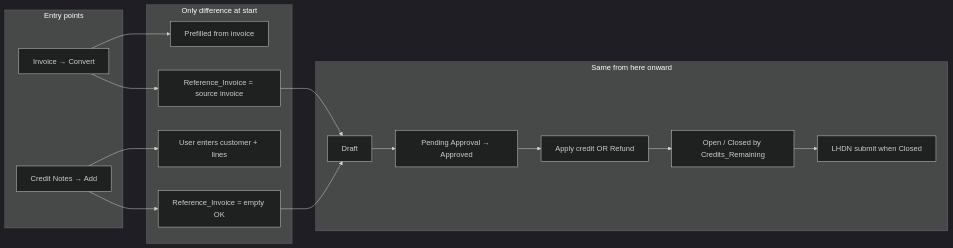
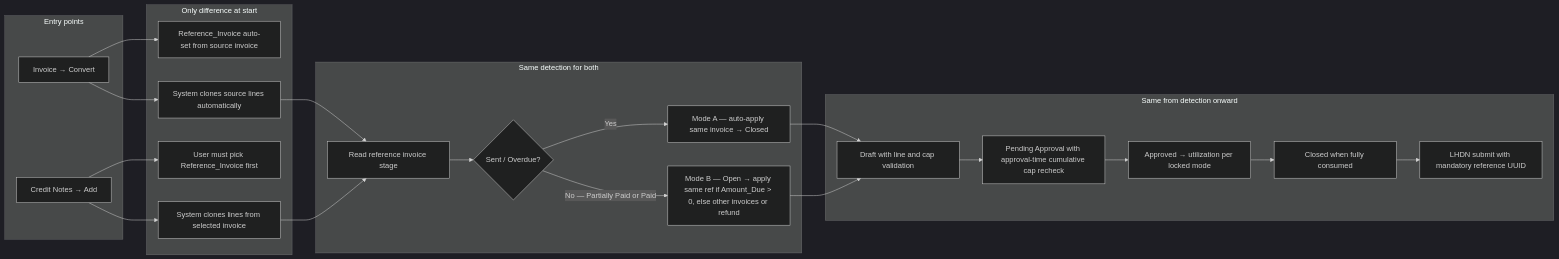
One commit to hazrulgithub11/xmt changed the fourth of 5 diagrams in docs/feature/creditNote_Flow.md. Above: the diagram before and after it, drawn with Mermaid (dark theme). The commit also changed other lines of this file and 20 other files, not shown here.

````diff
--- a/docs/feature/creditNote_Flow.md
+++ b/docs/feature/creditNote_Flow.md
@@ -118,26 +191,35 @@
 ```mermaid
 flowchart LR
     subgraph ENTRY["Entry points"]
         INV[Invoice → Convert]
         MAN[Credit Notes → Add]
     end
 
     subgraph DIFF["Only difference at start"]
-        INV --> INV1[Prefilled from invoice]
-        INV --> INV2[Reference_Invoice = source invoice]
-        MAN --> MAN1[User enters customer + lines]
-        MAN --> MAN2[Reference_Invoice = empty OK]
+        INV --> INV1[Reference_Invoice auto-set from source invoice]
+        INV --> INV2[System clones source lines automatically]
+        MAN --> MAN1[User must pick Reference_Invoice first]
+        MAN --> MAN2[System clones lines from selected invoice]
     end
 
-    subgraph SHARED["Same from here onward"]
-        S1[Draft]
-        S2[Pending Approval → Approved]
-        S3[Apply credit OR Refund]
-        S4[Open / Closed by Credits_Remaining]
-        S5[LHDN submit when Closed]
+    subgraph DETECT["Same detection for both"]
+        D1[Read reference invoice stage]
+        D1 --> D2{Sent / Overdue?}
+        D2 -->|Yes| D3[Mode A — auto-apply same invoice → Closed]
+        D2 -->|No — Partially Paid or Paid| D4[Mode B — Open → apply same ref if Amount_Due > 0, else other invoices or refund]
     end
 
-    INV2 --> S1
-    MAN2 --> S1
+    subgraph SHARED["Same from detection onward"]
+        S1[Draft with line and cap validation]
+        S2[Pending Approval with approval-time cumulative cap recheck]
+        S3[Approved → utilization per locked mode]
+        S4[Closed when fully consumed]
+        S5[LHDN submit with mandatory reference UUID]
+    end
+
+    INV2 --> D1
+    MAN2 --> D1
+    D3 --> S1
+    D4 --> S1
     S1 --> S2 --> S3 --> S4 --> S5
 ```
````
